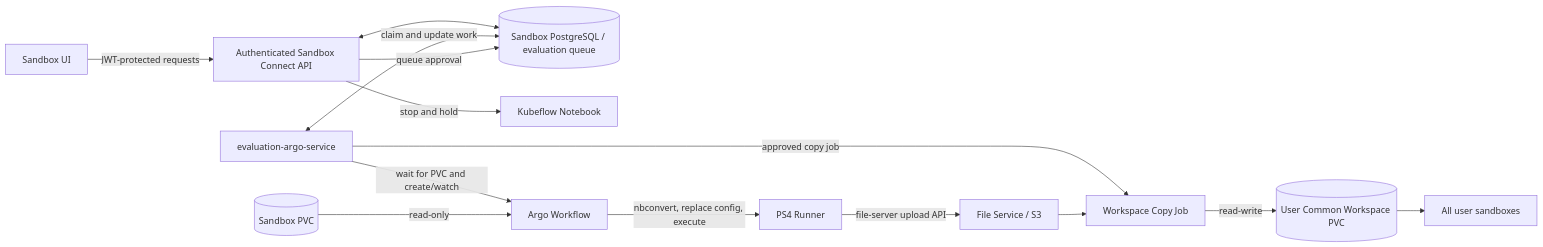
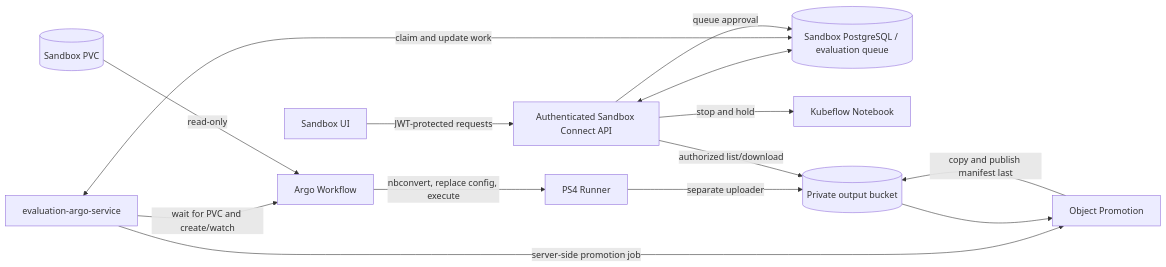
One commit to datakaveri/sandbox-connect-api changed the first of 3 diagrams in docs/evaluation-argo-service-architecture-draft.md. Above: the diagram before and after it, drawn with Mermaid. The commit also changed other lines of this file, not shown here.

Commit message:
docs: use bucket storage for evaluation demo

````diff
--- a/docs/evaluation-argo-service-architecture-draft.md
+++ b/docs/evaluation-argo-service-architecture-draft.md
@@ -35,18 +42,18 @@
 ```mermaid
 flowchart LR
     UI[Sandbox UI] -->|JWT-protected requests| API[Authenticated Sandbox Connect API]
     API <--> DB[(Sandbox PostgreSQL / evaluation queue)]
     API -->|stop and hold| NB[Kubeflow Notebook]
 
     WORKER[evaluation-argo-service] <-->|claim and update work| DB
     WORKER -->|wait for PVC and create/watch| ARGO[Argo Workflow]
     PVC[(Sandbox PVC)] -->|read-only| ARGO
     ARGO -->|nbconvert, replace config, execute| RUN[PS4 Runner]
-    RUN -->|file-server upload API| FS[File Service / S3]
+    RUN -->|separate uploader| OBJ[(Private output bucket)]
 
     API -->|queue approval| DB
-    WORKER -->|approved copy job| COPY[Workspace Copy Job]
-    FS --> COPY
-    COPY -->|read-write| WS[(User Common Workspace PVC)]
-    WS --> SANDBOXES[All user sandboxes]
+    WORKER -->|server-side promotion job| PROMOTE[Object Promotion]
+    OBJ --> PROMOTE
+    PROMOTE -->|copy and publish manifest last| OBJ
+    API -->|authorized list/download| OBJ
 ```
````
